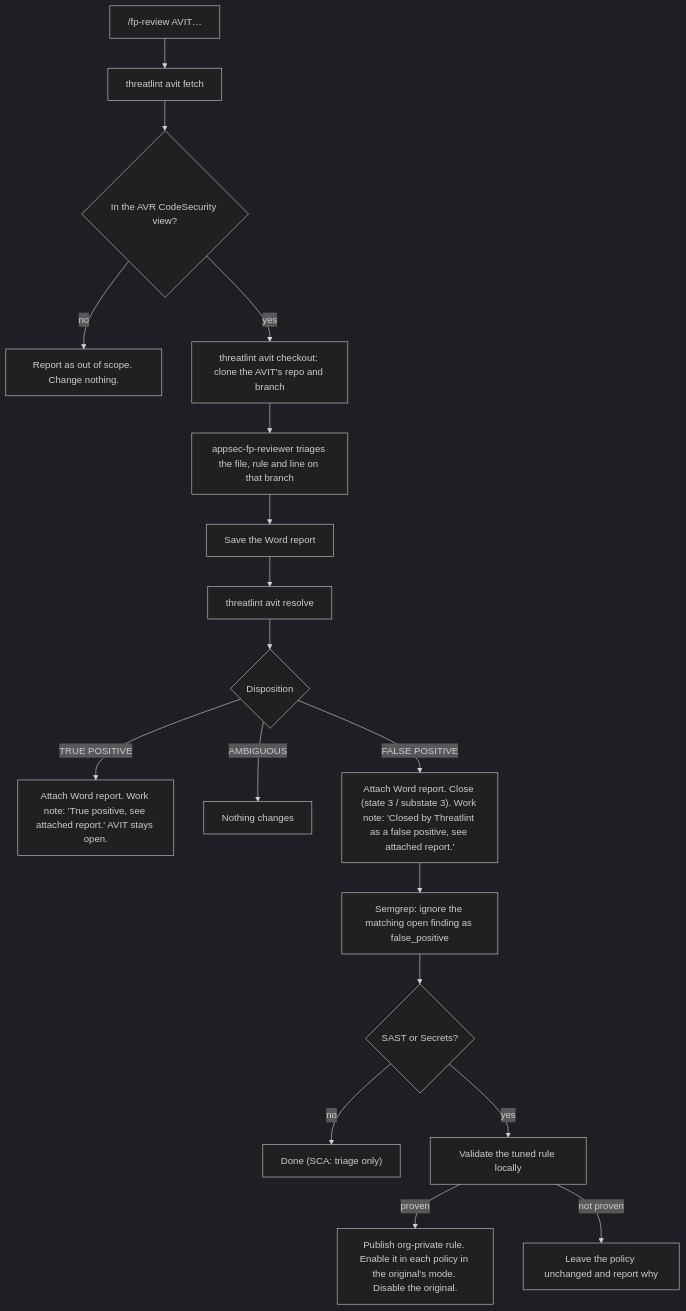
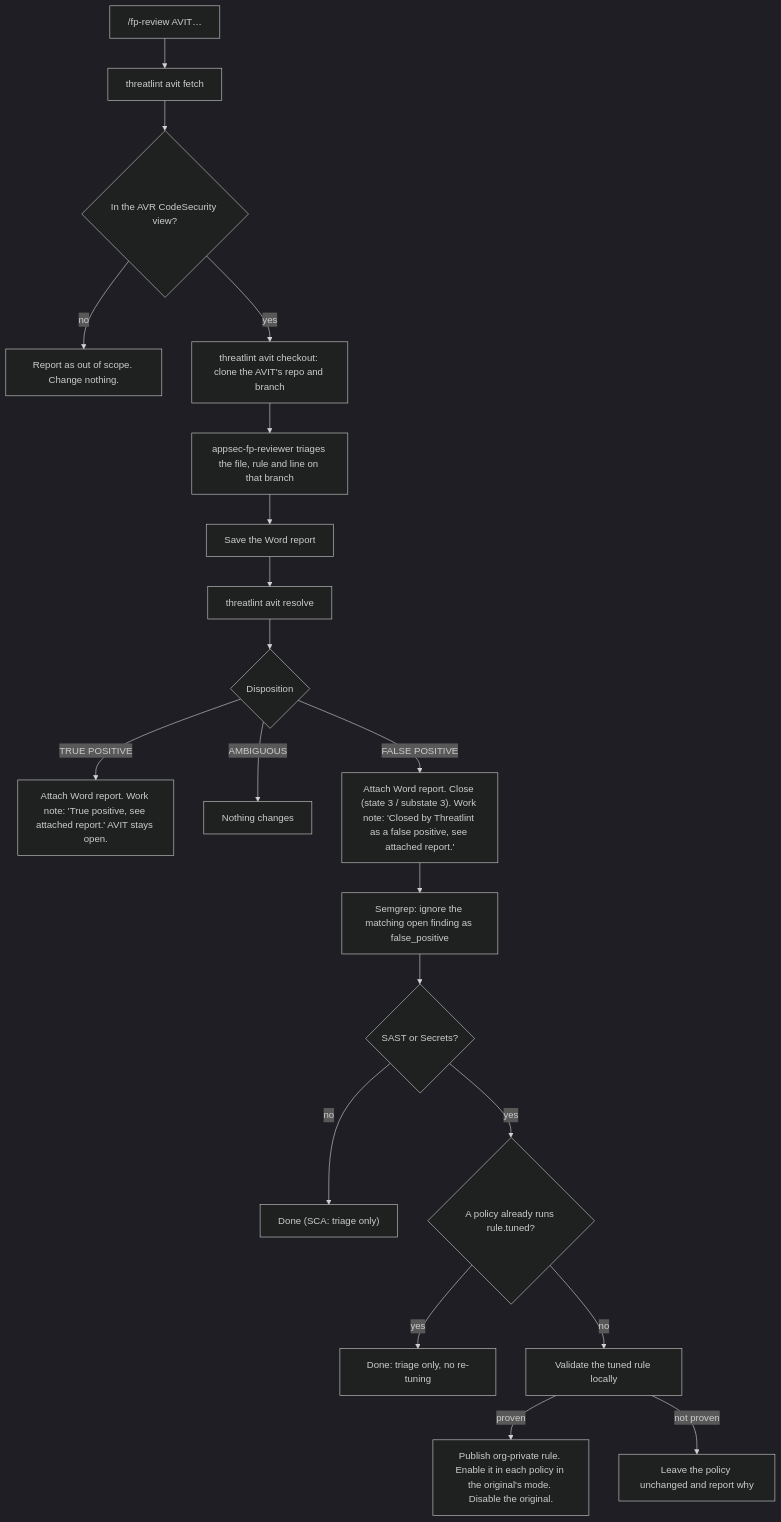
One commit to h0p3sf4ll/threatlint changed the first of 2 diagrams in docs/avit-integration.md. Above: the diagram before and after it, drawn with Mermaid (dark theme). The commit also changed other lines of this file and 7 other files, not shown here.

````diff
--- a/docs/avit-integration.md
+++ b/docs/avit-integration.md
@@ -46,20 +46,22 @@
 ```mermaid
 flowchart TD
     A["/fp-review AVIT…"] --> B["threatlint avit fetch"]
     B --> C{"In the AVR CodeSecurity view?"}
     C -- no --> X["Report as out of scope. Change nothing."]
     C -- yes --> D["threatlint avit checkout: clone the AVIT's repo and branch"]
     D --> E["appsec-fp-reviewer triages the file, rule and line on that branch"]
     E --> F["Save the Word report"]
     F --> G["threatlint avit resolve"]
     G --> H{"Disposition"}
     H -- "TRUE POSITIVE" --> T["Attach Word report. Work note: 'True positive, see attached report.' AVIT stays open."]
     H -- AMBIGUOUS --> N["Nothing changes"]
     H -- "FALSE POSITIVE" --> P["Attach Word report. Close (state 3 / substate 3). Work note: 'Closed by Threatlint as a false positive, see attached report.'"]
     P --> S["Semgrep: ignore the matching open finding as false_positive"]
     S --> R{"SAST or Secrets?"}
     R -- no --> Z["Done (SCA: triage only)"]
-    R -- yes --> V["Validate the tuned rule locally"]
+    R -- yes --> Q{"A policy already runs rule.tuned?"}
+    Q -- yes --> Z2["Done: triage only, no re-tuning"]
+    Q -- no --> V["Validate the tuned rule locally"]
     V -- proven --> W["Publish org-private rule. Enable it in each policy in the original's mode. Disable the original."]
     V -- "not proven" --> Y["Leave the policy unchanged and report why"]
 ```
````
